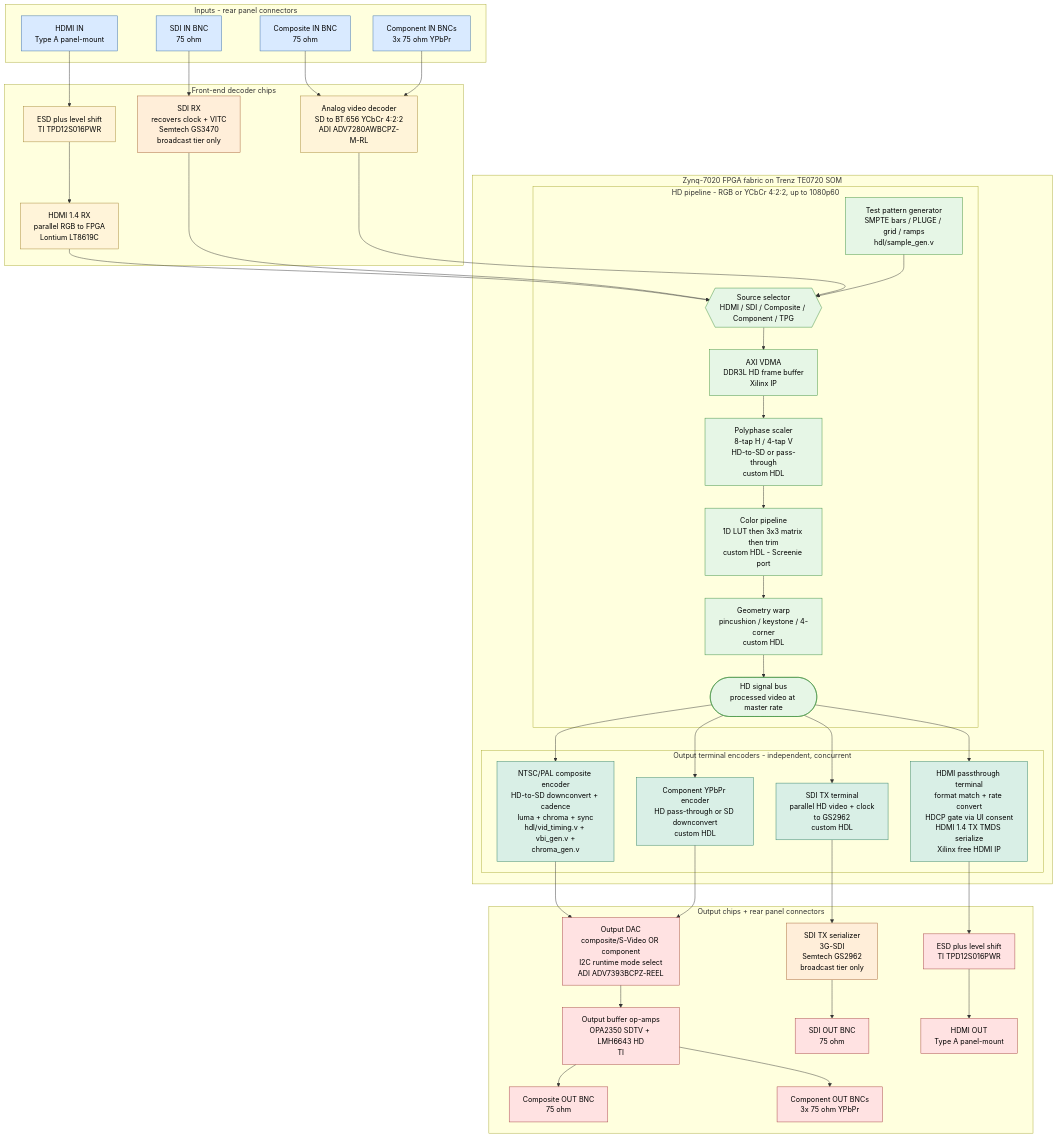
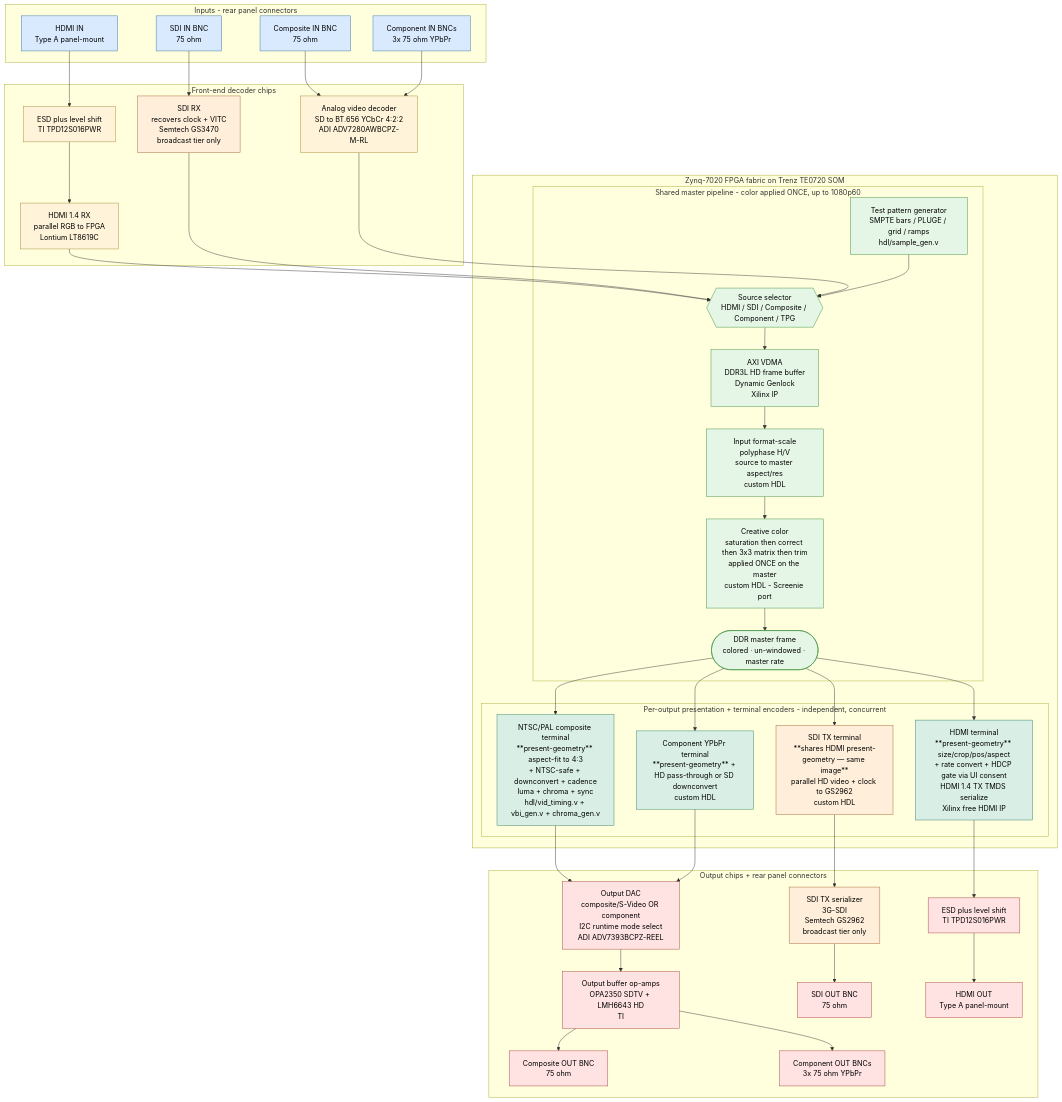
The second of 4 diagrams in docs/signal-flow.md (ibkickinit/schindler-clone), drawn with Mermaid before and after one commit. The commit also changed other lines of this file and 1 other file, not shown here.

First line of the commit message:
docs: flow charts — simplified overview + per-output geometry + iter5 refresh

````diff
--- a/docs/signal-flow.md
+++ b/docs/signal-flow.md
@@ -21,74 +54,73 @@
 ```mermaid
 flowchart TB
     classDef in fill:#d9eaff,stroke:#3a6ea5,color:#000
     classDef decode fill:#fff4d9,stroke:#a58634,color:#000
     classDef sdi fill:#ffeed9,stroke:#a56234,color:#000
     classDef pipe fill:#e6f6e6,stroke:#3a8e3a,color:#000
     classDef term fill:#d9efe6,stroke:#2d7e64,color:#000
     classDef out fill:#ffe2e2,stroke:#a54040,color:#000
 
     subgraph IN[Inputs - rear panel connectors]
         HDMI_IN[HDMI IN<br/>Type A panel-mount]:::in
         SDI_IN[SDI IN BNC<br/>75 ohm]:::in
         CVBS_IN[Composite IN BNC<br/>75 ohm]:::in
         YPBPR_IN[Component IN BNCs<br/>3x 75 ohm YPbPr]:::in
     end
 
     subgraph DECODE[Front-end decoder chips]
         TPD_IN[ESD plus level shift<br/>TI TPD12S016PWR]:::decode
         LT8619C[HDMI 1.4 RX<br/>parallel RGB to FPGA<br/>Lontium LT8619C]:::decode
         GS3470[SDI RX<br/>recovers clock + VITC<br/>Semtech GS3470<br/>broadcast tier only]:::sdi
         ADV7280[Analog video decoder<br/>SD to BT.656 YCbCr 4:2:2<br/>ADI ADV7280AWBCPZ-M-RL]:::decode
     end
 
     subgraph FPGA[Zynq-7020 FPGA fabric on Trenz TE0720 SOM]
-        subgraph PIPE[HD pipeline - RGB or YCbCr 4:2:2, up to 1080p60]
+        subgraph PIPE[Shared master pipeline - color applied ONCE, up to 1080p60]
             SOURCE_MUX{{Source selector<br/>HDMI / SDI / Composite / Component / TPG}}:::pipe
-            VDMA[AXI VDMA<br/>DDR3L HD frame buffer<br/>Xilinx IP]:::pipe
-            SCALE[Polyphase scaler<br/>8-tap H / 4-tap V<br/>HD-to-SD or pass-through<br/>custom HDL]:::pipe
-            COLOR[Color pipeline<br/>1D LUT then 3x3 matrix then trim<br/>custom HDL - Screenie port]:::pipe
-            GEOM[Geometry warp<br/>pincushion / keystone / 4-corner<br/>custom HDL]:::pipe
+            VDMA[AXI VDMA<br/>DDR3L HD frame buffer<br/>Dynamic Genlock<br/>Xilinx IP]:::pipe
+            SCALE[Input format-scale<br/>polyphase H/V<br/>source to master aspect/res<br/>custom HDL]:::pipe
+            COLOR[Creative color<br/>saturation then correct then 3x3 matrix then trim<br/>applied ONCE on the master<br/>custom HDL - Screenie port]:::pipe
             TPG[Test pattern generator<br/>SMPTE bars / PLUGE / grid / ramps<br/>hdl/sample_gen.v]:::pipe
-            HD_BUS([HD signal bus<br/>processed video at master rate]):::pipe
+            HD_BUS([DDR master frame<br/>colored · un-windowed · master rate]):::pipe
         end
 
-        subgraph TERM[Output terminal encoders - independent, concurrent]
-            HDMI_TERM[HDMI passthrough terminal<br/>format match + rate convert<br/>HDCP gate via UI consent<br/>HDMI 1.4 TX TMDS serialize<br/>Xilinx free HDMI IP]:::term
-            COMP_TERM[NTSC/PAL composite encoder<br/>HD-to-SD downconvert + cadence<br/>luma + chroma + sync<br/>hdl/vid_timing.v + vbi_gen.v +<br/>chroma_gen.v]:::term
-            YPBPR_TERM[Component YPbPr encoder<br/>HD pass-through or SD downconvert<br/>custom HDL]:::term
-            SDI_TERM[SDI TX terminal<br/>parallel HD video + clock<br/>to GS2962<br/>custom HDL]:::term
+        subgraph TERM[Per-output presentation + terminal encoders - independent, concurrent]
+            HDMI_TERM[HDMI terminal<br/>**present-geometry** size/crop/pos/aspect<br/>+ rate convert + HDCP gate via UI consent<br/>HDMI 1.4 TX TMDS serialize<br/>Xilinx free HDMI IP]:::term
+            SDI_TERM[SDI TX terminal<br/>**shares HDMI present-geometry — same image**<br/>parallel HD video + clock to GS2962<br/>custom HDL]:::sdi
+            YPBPR_TERM[Component YPbPr terminal<br/>**present-geometry** + HD pass-through or SD downconvert<br/>custom HDL]:::term
+            COMP_TERM[NTSC/PAL composite terminal<br/>**present-geometry** aspect-fit to 4:3<br/>+ NTSC-safe + downconvert + cadence<br/>luma + chroma + sync<br/>hdl/vid_timing.v + vbi_gen.v + chroma_gen.v]:::term
         end
     end
 
     subgraph OUT[Output chips + rear panel connectors]
         ADV7393[Output DAC<br/>composite/S-Video OR component<br/>I2C runtime mode select<br/>ADI ADV7393BCPZ-REEL]:::out
         OPAMPS[Output buffer op-amps<br/>OPA2350 SDTV + LMH6643 HD<br/>TI]:::out
         GS2962[SDI TX serializer<br/>3G-SDI<br/>Semtech GS2962<br/>broadcast tier only]:::sdi
         TPD_OUT[ESD plus level shift<br/>TI TPD12S016PWR]:::out
         CVBS_OUT[Composite OUT BNC<br/>75 ohm]:::out
         YPBPR_OUT[Component OUT BNCs<br/>3x 75 ohm YPbPr]:::out
         SDI_OUT[SDI OUT BNC<br/>75 ohm]:::out
         HDMI_OUT[HDMI OUT<br/>Type A panel-mount]:::out
     end
 
     HDMI_IN --> TPD_IN --> LT8619C --> SOURCE_MUX
     SDI_IN --> GS3470 --> SOURCE_MUX
     CVBS_IN --> ADV7280
     YPBPR_IN --> ADV7280 --> SOURCE_MUX
     TPG --> SOURCE_MUX
 
-    SOURCE_MUX --> VDMA --> SCALE --> COLOR --> GEOM --> HD_BUS
+    SOURCE_MUX --> VDMA --> SCALE --> COLOR --> HD_BUS
 
     HD_BUS --> HDMI_TERM
+    HD_BUS --> SDI_TERM
+    HD_BUS --> YPBPR_TERM
     HD_BUS --> COMP_TERM
-    HD_BUS --> YPBPR_TERM
-    HD_BUS --> SDI_TERM
 
     HDMI_TERM --> TPD_OUT --> HDMI_OUT
     COMP_TERM --> ADV7393
     YPBPR_TERM --> ADV7393
     ADV7393 --> OPAMPS
     OPAMPS --> CVBS_OUT
     OPAMPS --> YPBPR_OUT
     SDI_TERM --> GS2962 --> SDI_OUT
 ```
````
